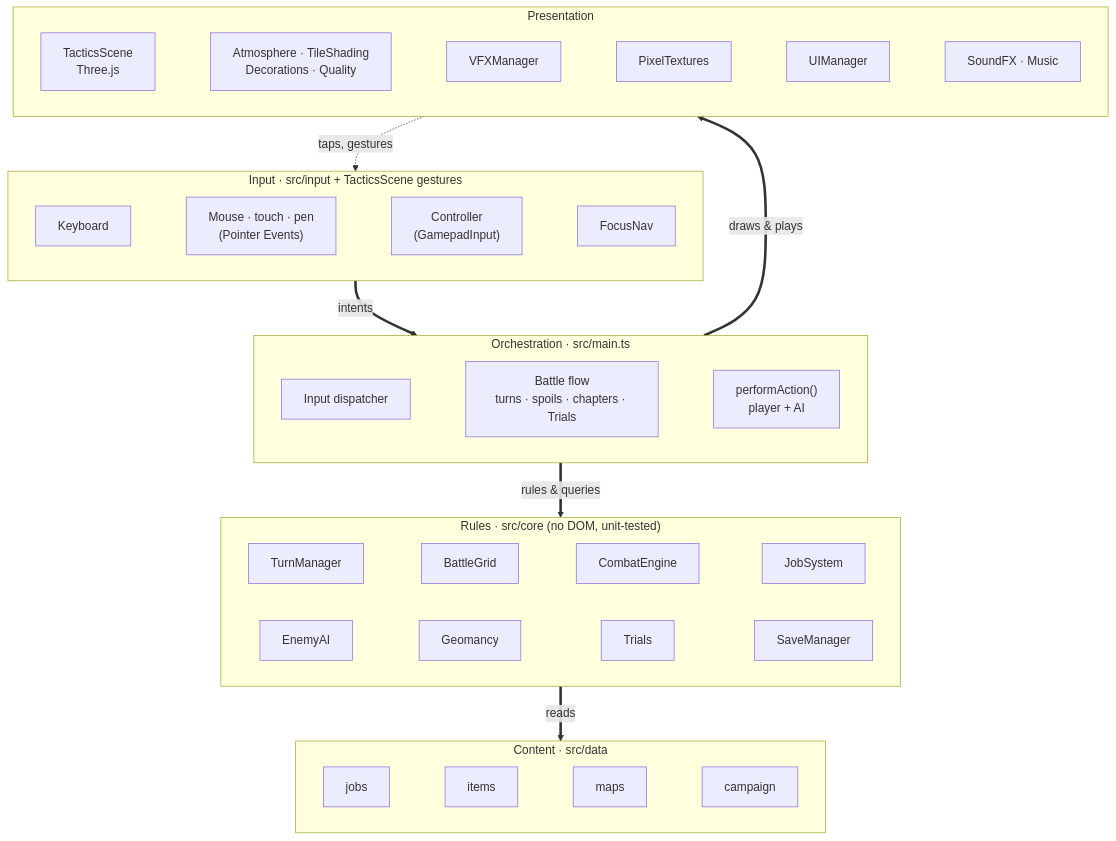
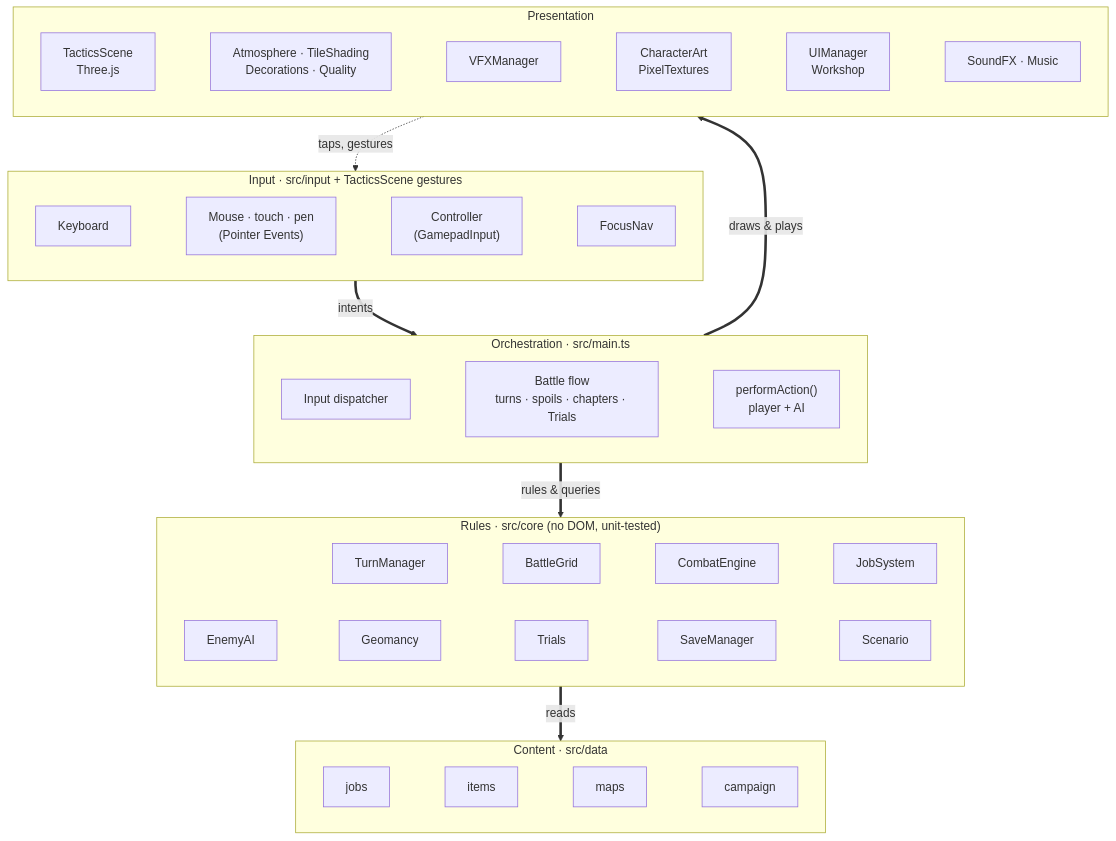
One commit to CptNope/Chess-RPG-Tactics changed the first of 9 diagrams in docs/ARCHITECTURE.md. Above: the diagram before and after it, drawn with Mermaid. The commit also changed other lines of this file and 28 other files, not shown here.

````diff
--- a/docs/ARCHITECTURE.md
+++ b/docs/ARCHITECTURE.md
@@ -11,34 +11,34 @@
 ```mermaid
 flowchart TB
     subgraph Input["Input · src/input + TacticsScene gestures"]
         direction LR
         Kbd["Keyboard"] ~~~ Ptr["Mouse · touch · pen<br/>(Pointer Events)"] ~~~ Pad["Controller<br/>(GamepadInput)"] ~~~ Nav["FocusNav"]
     end
 
     subgraph Game["Orchestration · src/main.ts"]
         direction LR
         Disp["Input dispatcher"] ~~~ Flow["Battle flow<br/>turns · spoils · chapters · Trials"] ~~~ Pipe["performAction()<br/>player + AI"]
     end
 
     subgraph Core["Rules · src/core (no DOM, unit-tested)"]
         direction LR
         TM["TurnManager"] ~~~ Grid["BattleGrid"] ~~~ CE["CombatEngine"] ~~~ JS["JobSystem"]
-        AI["EnemyAI"] ~~~ Geo["Geomancy"] ~~~ Tr["Trials"] ~~~ Save["SaveManager"]
+        AI["EnemyAI"] ~~~ Geo["Geomancy"] ~~~ Tr["Trials"] ~~~ Save["SaveManager"] ~~~ Scn["Scenario"]
     end
 
     subgraph Data["Content · src/data"]
         direction LR
         Jobs["jobs"] ~~~ Items["items"] ~~~ Maps["maps"] ~~~ Camp["campaign"]
     end
 
     subgraph View["Presentation"]
         direction LR
-        Scene["TacticsScene<br/>Three.js"] ~~~ Look["Atmosphere · TileShading<br/>Decorations · Quality"] ~~~ VFX["VFXManager"] ~~~ Tex["PixelTextures"] ~~~ UI["UIManager"] ~~~ Audio["SoundFX · Music"]
+        Scene["TacticsScene<br/>Three.js"] ~~~ Look["Atmosphere · TileShading<br/>Decorations · Quality"] ~~~ VFX["VFXManager"] ~~~ Tex["CharacterArt<br/>PixelTextures"] ~~~ UI["UIManager<br/>Workshop"] ~~~ Audio["SoundFX · Music"]
     end
 
     Input ==>|"intents"| Game
     Game ==>|"rules & queries"| Core
     Core ==>|"reads"| Data
     Game ==>|"draws & plays"| View
     View -.->|"taps, gestures"| Input
 ```
````
